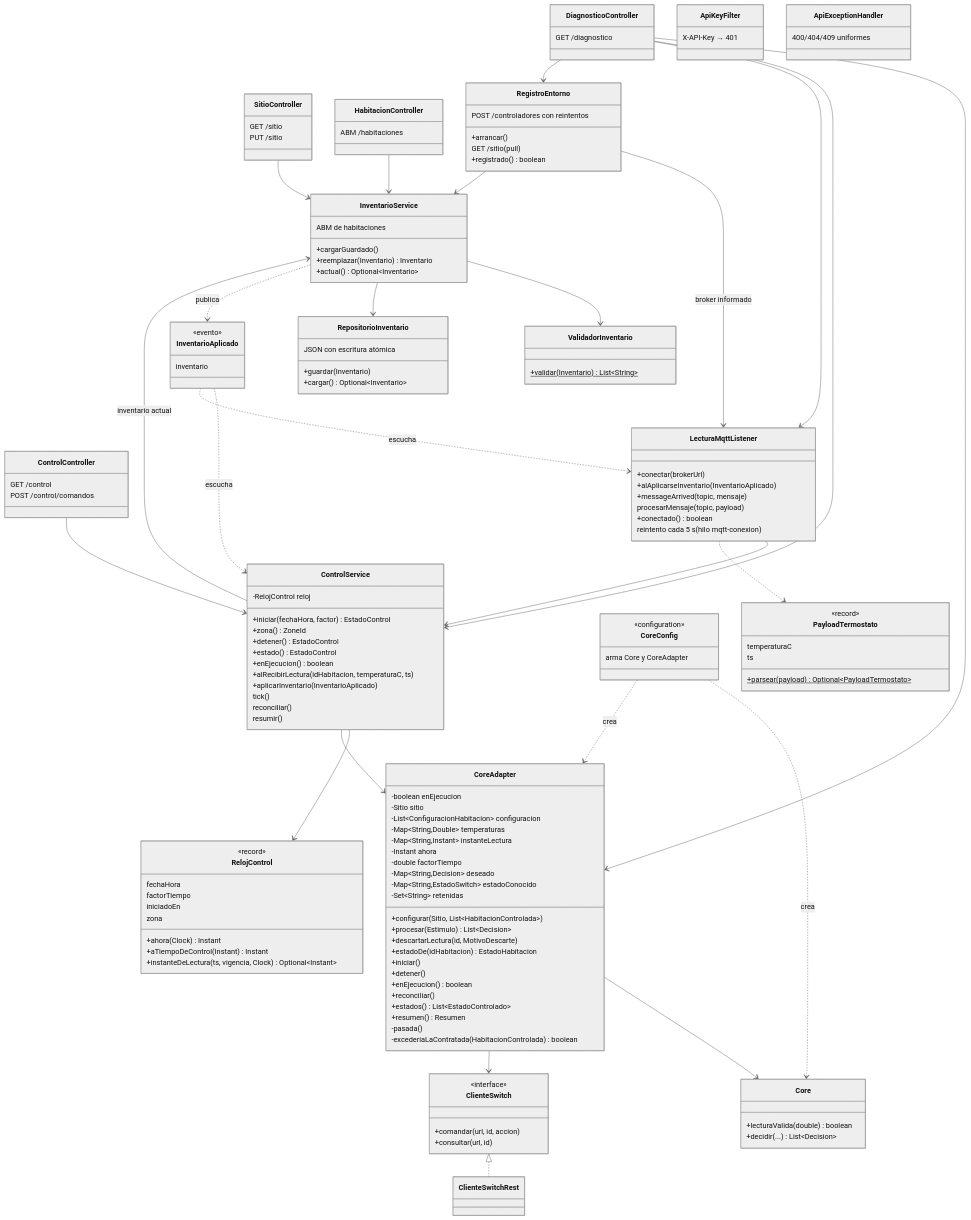
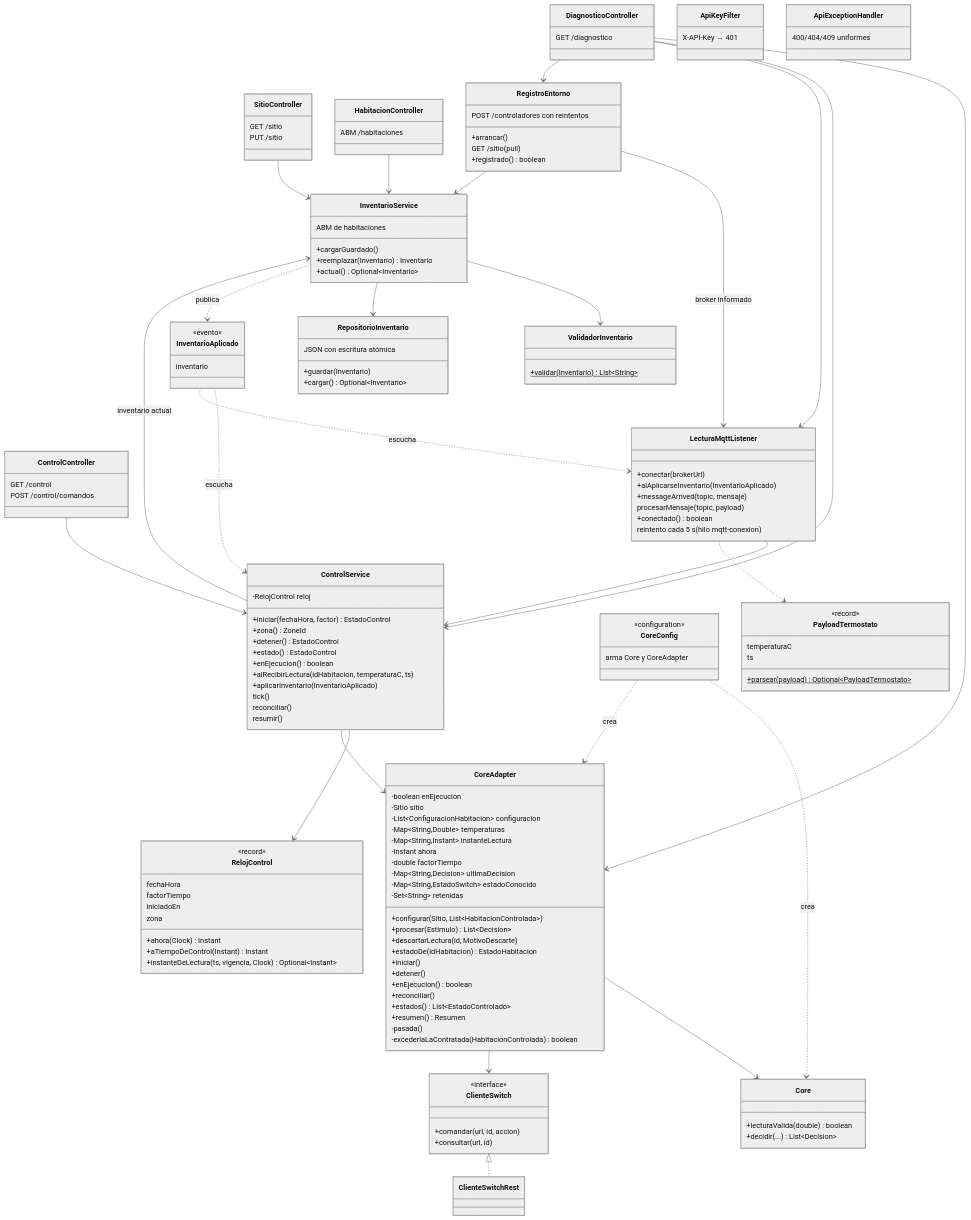
One commit to BrayanBCode/iiss-2026-grupo-4 changed the third of 9 diagrams in docs/arquitectura/4mas1.md. Above: the diagram before and after it, drawn with Mermaid (neutral theme). The commit also changed other lines of this file and 1 other file, not shown here.

Commit message:
engine: renombrar deseado a ultimaDecision en CoreAdapter

```diff
--- a/docs/arquitectura/4mas1.md
+++ b/docs/arquitectura/4mas1.md
@@ -281,7 +281,7 @@
       -Map~String,Instant~ instanteLectura
       -Instant ahora
       -double factorTiempo
-      -Map~String,Decision~ deseado
+      -Map~String,Decision~ ultimaDecision
       -Map~String,EstadoSwitch~ estadoConocido
       -Set~String~ retenidas
       +configurar(Sitio, List~HabitacionControlada~)
```
